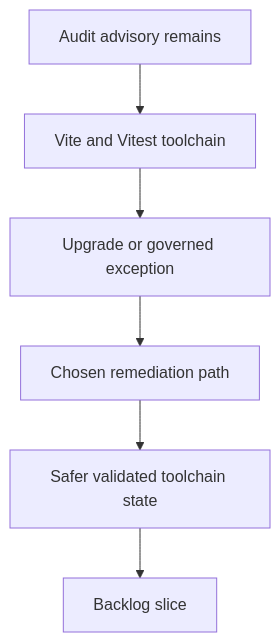
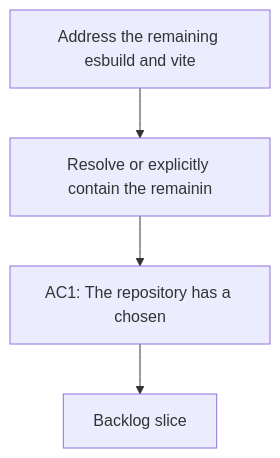
The diagram in logics/request/req_116_address_the_remaining_esbuild_and_vite_audit_advisory_in_the_toolchain.md (AlexAgo83/logics-manager), drawn with Mermaid before and after one commit. The commit also changed other lines of this file and 481 other files, not shown here.

````diff
--- a/logics/request/req_116_address_the_remaining_esbuild_and_vite_audit_advisory_in_the_toolchain.md
+++ b/logics/request/req_116_address_the_remaining_esbuild_and_vite_audit_advisory_in_the_toolchain.md
@@ -28,10 +28,8 @@
 ```mermaid
 %% logics-kind: request
 %% logics-signature: request|address-the-remaining-esbuild-and-vite-a|resolve-or-explicitly-contain-the-remain|ac1-the-repository-has-a-chosen
 flowchart TD
-    Audit[Audit advisory remains] --> Toolchain[Vite and Vitest toolchain]
-    Toolchain --> Options[Upgrade or governed exception]
-    Options --> Fix[Chosen remediation path]
-    Fix --> Safer[Safer validated toolchain state]
-    Safer --> Backlog[Backlog slice]
+    Trigger[Address the remaining esbuild and vite] --> Need[Resolve or explicitly contain the remainin]
+    Need --> Outcome[AC1: The repository has a chosen]
+    Outcome --> Backlog[Backlog slice]
 ```
````
